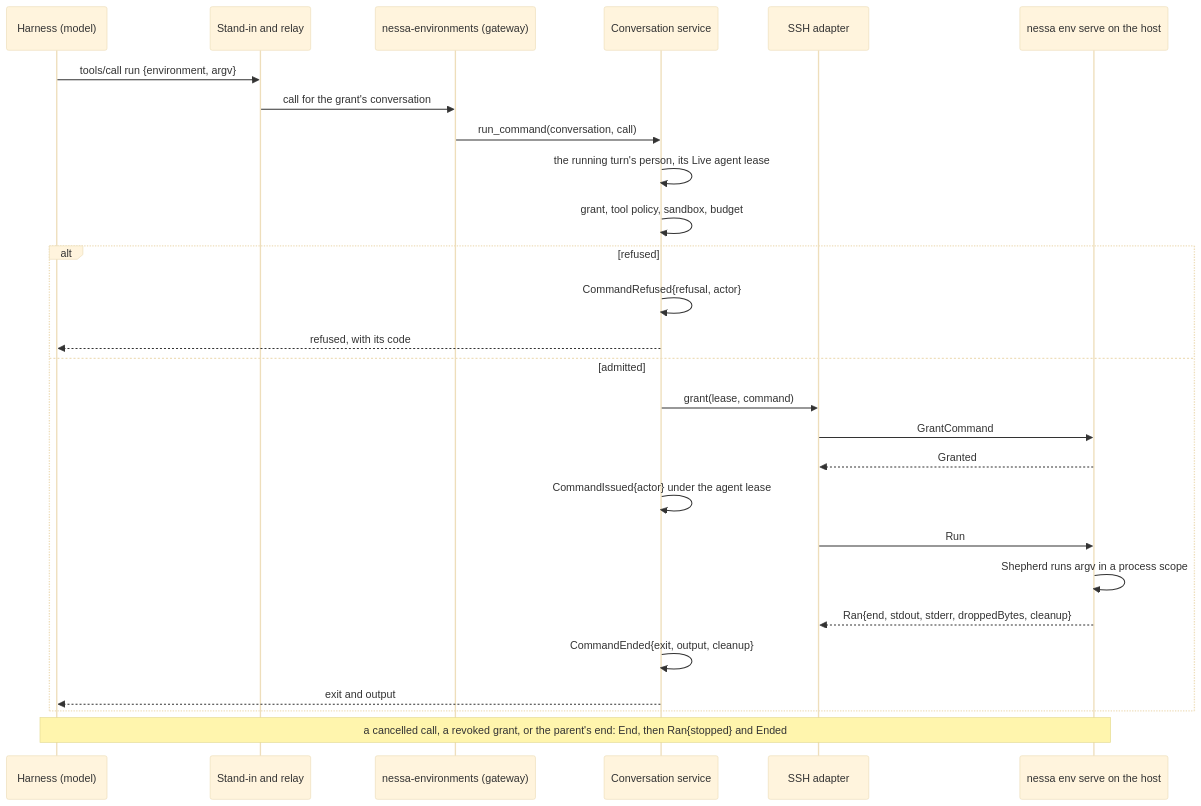
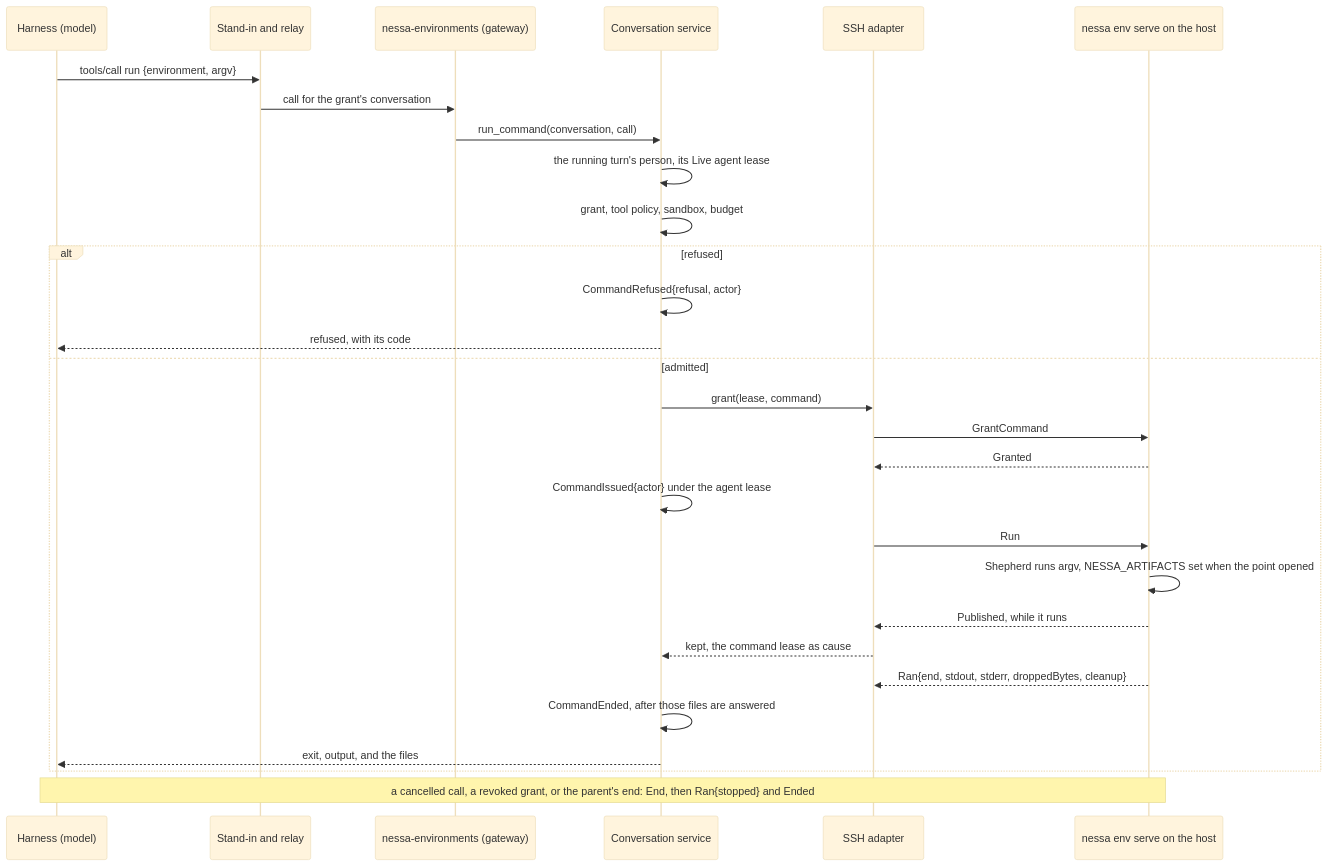
Before and after one commit to nessalabs/nessa-agent: the fourth of 10 diagrams in docs/design/runtime-architecture.md, drawn with Mermaid (base theme). The commit also changed other lines of this file and 18 other files, not shown here.

First line of the commit message:
Give a command lease its own publish point and list the files on run.

````diff
--- a/docs/design/runtime-architecture.md
+++ b/docs/design/runtime-architecture.md
@@ -616,29 +616,31 @@
 ```mermaid
 sequenceDiagram
     participant M as Harness (model)
     participant R as Stand-in and relay
     participant T as nessa-environments (gateway)
     participant C as Conversation service
     participant A as SSH adapter
     participant H as nessa env serve on the host
     M->>R: tools/call run {environment, argv}
     R->>T: call for the grant's conversation
     T->>C: run_command(conversation, call)
     C->>C: the running turn's person, its Live agent lease
     C->>C: grant, tool policy, sandbox, budget
     alt refused
         C->>C: CommandRefused{refusal, actor}
         C-->>M: refused, with its code
     else admitted
         C->>A: grant(lease, command)
         A->>H: GrantCommand
         H-->>A: Granted
         C->>C: CommandIssued{actor} under the agent lease
         A->>H: Run
-        H->>H: Shepherd runs argv in a process scope
+        H->>H: Shepherd runs argv, NESSA_ARTIFACTS set when the point opened
+        H-->>A: Published, while it runs
+        A-->>C: kept, the command lease as cause
         H-->>A: Ran{end, stdout, stderr, droppedBytes, cleanup}
-        C->>C: CommandEnded{exit, output, cleanup}
-        C-->>M: exit and output
+        C->>C: CommandEnded, after those files are answered
+        C-->>M: exit, output, and the files
     end
     Note over M,H: a cancelled call, a revoked grant, or the parent's end: End, then Ran{stopped} and Ended
 ```
````
